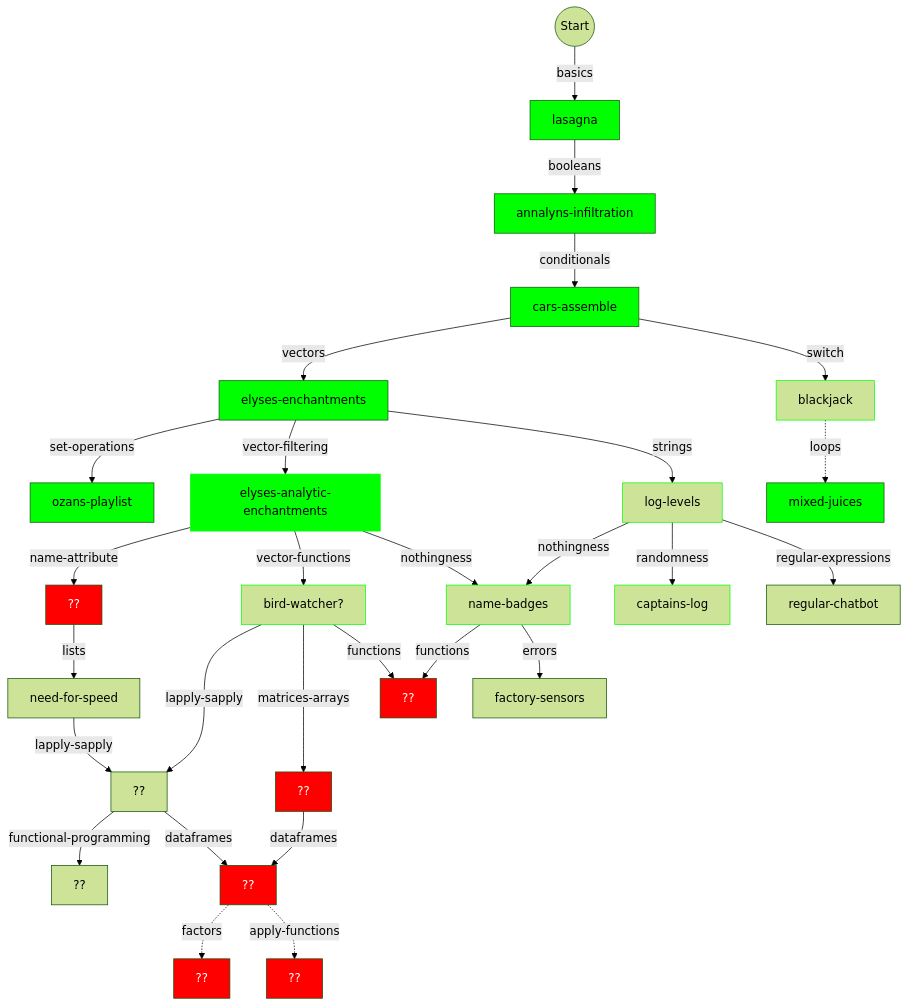
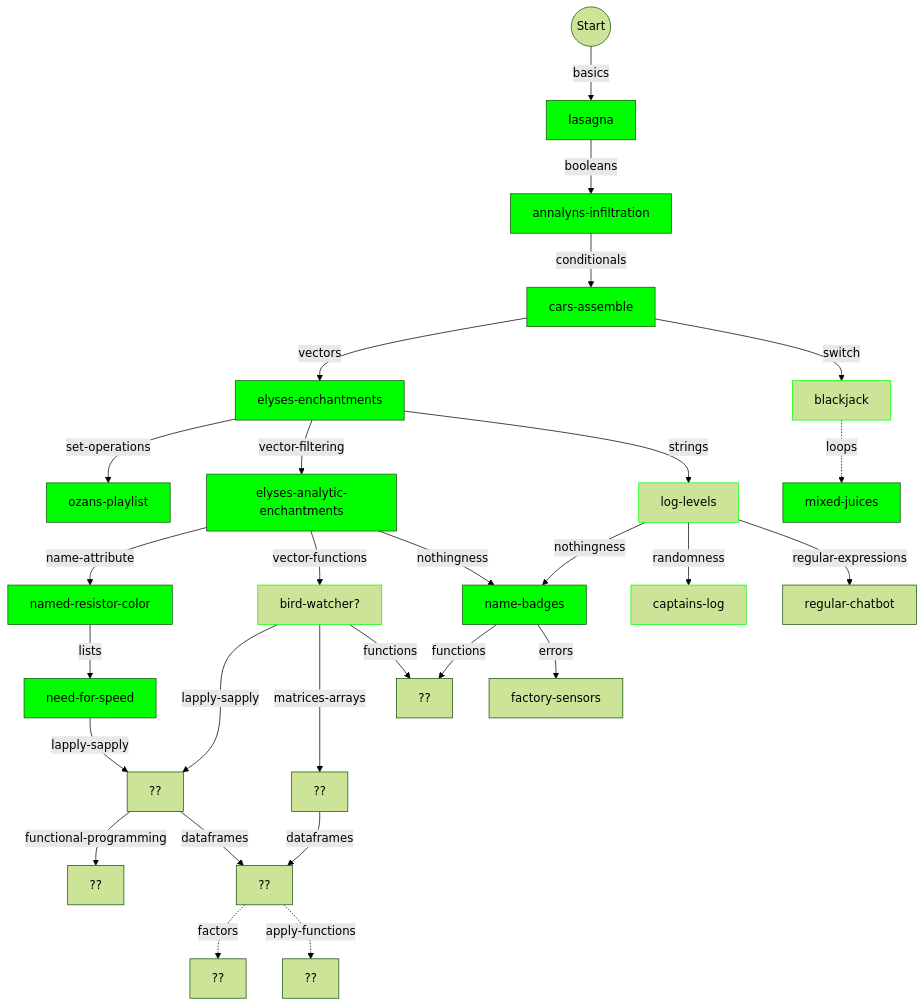
One commit to colinleach/learning-track-doodles changed the first of 2 diagrams in r/flowchart.md. Above: the diagram before and after it, drawn with Mermaid (forest theme). The commit also changed other lines of this file and 21 other files, not shown here.

````diff
--- a/r/flowchart.md
+++ b/r/flowchart.md
@@ -13,75 +10,70 @@
 ```mermaid
 graph TD
     
 start(("Start")) --basics--> basics["lasagna"]
 style basics fill:#0f0
 
 basics --booleans--> booleans["annalyns-infiltration"]
 style booleans fill:#0f0
 
 booleans --conditionals--> conditionals["cars-assemble"]
 style conditionals fill:#0f0
 
 conditionals --vectors--> vectors["elyses-enchantments"]
 style vectors fill:#0f0
 
 switch -.loops.-> loops["mixed-juices"]
 style loops fill:#0f0
 
 conditionals --switch--> switch["blackjack"]
 style switch stroke:#0f0
 
 vectors --set-operations--> set-operations["ozans-playlist"]
 style set-operations fill:#0f0
 
 name-attribute --lists--> lists["need-for-speed"]
+style lists fill:#0f0
 
 vectors --vector-filtering--> vector-filtering["elyses-analytic-enchantments"]
 style vector-filtering fill:#0f0
 
-vector-filtering --name-attribute--> name-attribute["??"]
-style name-attribute fill:#f00,color:#fff
+vector-filtering --name-attribute--> name-attribute["named-resistor-color"]
+style name-attribute fill:#0f0
 
 vector-filtering --vector-functions--> vector-functions["bird-watcher?"]
 style vector-functions stroke:#0f0
 
-vector-filtering --nothingness--> nothingness["name-badges"]
-style vector-filtering stroke:#0f0
-
 vectors --strings--> strings["log-levels"]
 style strings stroke:#0f0
 
+vector-filtering --nothingness--> nothingness["name-badges"]
 strings --nothingness--> nothingness["name-badges"]
-style nothingness stroke:#0f0
+style nothingness fill:#0f0
 
 strings --randomness--> randomness["captains-log"]
 style randomness stroke:#0f0
 
 strings --regular-expressions--> regular-expressions["regular-chatbot"]
 
 lists --lapply-sapply--> lapply-sapply["??"]
+
 vector-functions --lapply-sapply--> lapply-sapply["??"]
 
 lapply-sapply --functional-programming--> functional-programming["??"]
 
 vector-functions --matrices-arrays--> matrices-arrays["??"]
-style matrices-arrays fill:#f00,color:#fff
-
-style apply-functions fill:#f00,color:#fff
 
 lapply-sapply --dataframes--> dataframes["??"]
-style dataframes fill:#f00,color:#fff
 
 matrices-arrays --dataframes--> dataframes
+
 dataframes -.factors.-> factors["??"]
-style factors fill:#f00,color:#fff
 
 dataframes -.apply-functions.-> apply-functions["??"]
 
 vector-functions --functions--> functions["??"]
 nothingness --functions--> functions["??"]
-style functions fill:#f00,color:#fff
 
 nothingness --errors--> errors["factory-sensors "]
 
 ```
````
